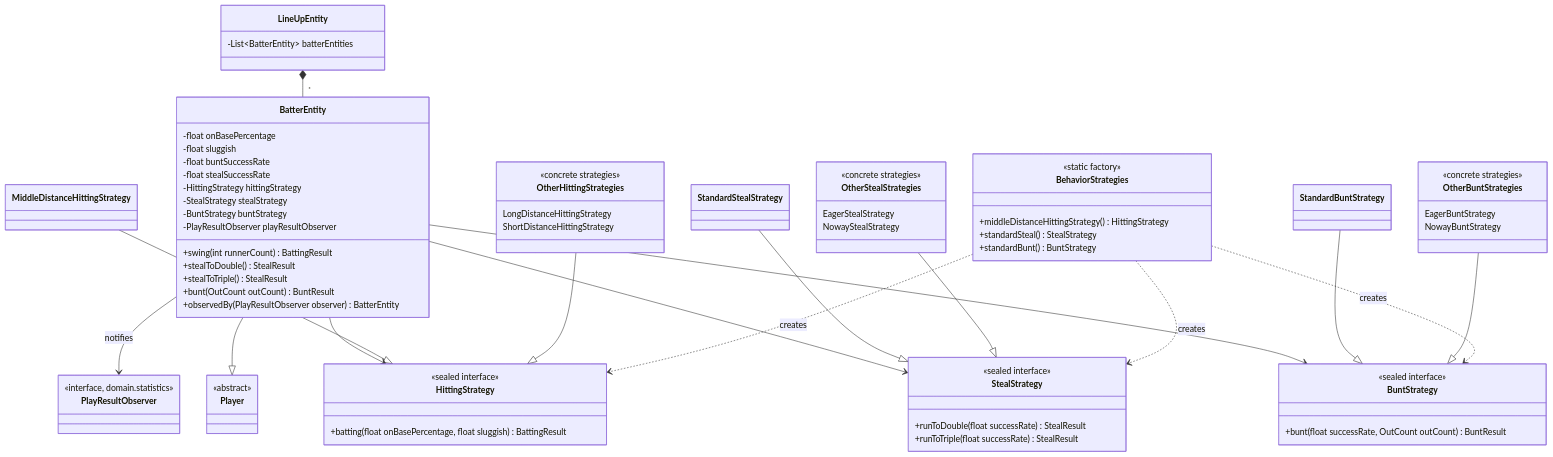
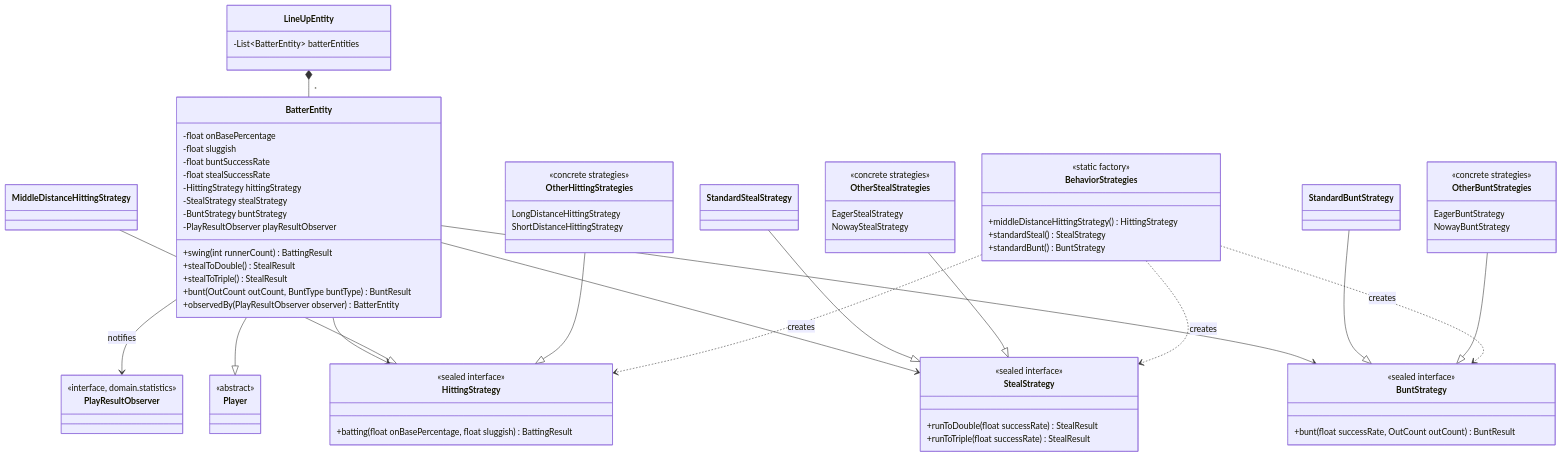
One commit to midetaro/baseball-orders changed the second of 3 diagrams in apps/simulator/README.md. Above: the diagram before and after it, drawn with Mermaid. The commit also changed other lines of this file and 14 other files, not shown here.

```diff
--- a/apps/simulator/README.md
+++ b/apps/simulator/README.md
@@ -184,7 +221,7 @@
         +swing(int runnerCount) BattingResult
         +stealToDouble() StealResult
         +stealToTriple() StealResult
-        +bunt(OutCount outCount) BuntResult
+        +bunt(OutCount outCount, BuntType buntType) BuntResult
         +observedBy(PlayResultObserver observer) BatterEntity
     }
     class LineUpEntity {
```
